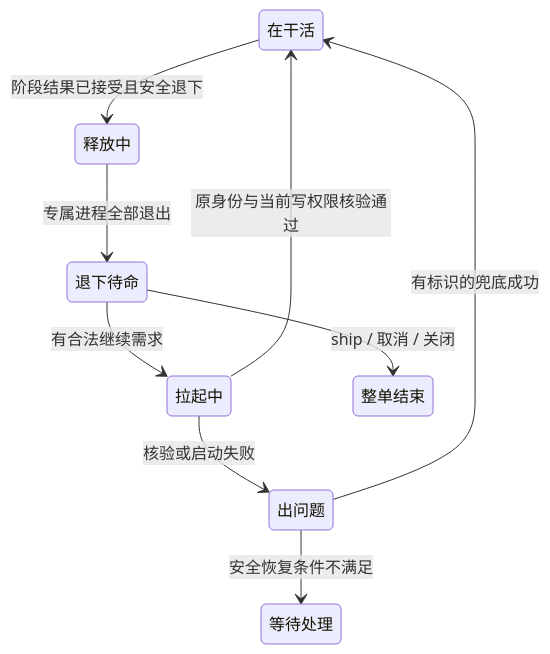
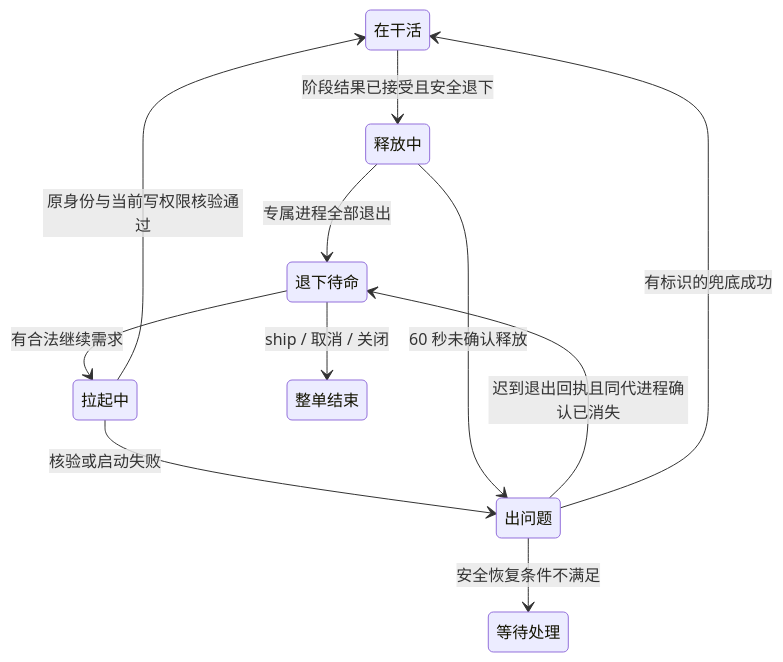
The diagram in engineering/doc/FLY-2808-node-standby-resume/plan.md (xrliAnnie/flywheel-qa-sandbox), drawn with Mermaid before and after one commit. The commit also changed other lines of this file and 4 other files, not shown here.

````diff
--- a/engineering/doc/FLY-2808-node-standby-resume/plan.md
+++ b/engineering/doc/FLY-2808-node-standby-resume/plan.md
@@ -14,11 +14,13 @@
 ```mermaid
 stateDiagram-v2
     在干活 --> 释放中: 阶段结果已接受且安全退下
     释放中 --> 退下待命: 专属进程全部退出
     退下待命 --> 拉起中: 有合法继续需求
     拉起中 --> 在干活: 原身份与当前写权限核验通过
     拉起中 --> 出问题: 核验或启动失败
+    释放中 --> 出问题: 60 秒未确认释放
+    出问题 --> 退下待命: 迟到退出回执且同代进程确认已消失
     出问题 --> 在干活: 有标识的兜底成功
     出问题 --> 等待处理: 安全恢复条件不满足
     退下待命 --> 整单结束: ship / 取消 / 关闭
 ```
````
